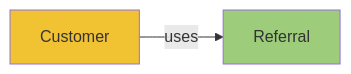
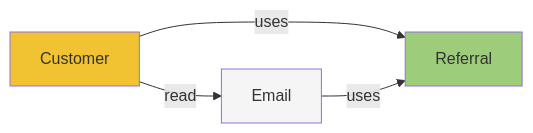
One commit to shortlink-org/shortlink changed the diagram in internal/services/referral/usecases/use_referral/README.md. Above: the diagram before and after it, drawn with Mermaid. The commit also changed 17 other files, not shown here.

````diff
--- a/internal/services/referral/usecases/use_referral/README.md
+++ b/internal/services/referral/usecases/use_referral/README.md
@@ -16,7 +16,9 @@
 ```mermaid
 graph LR
     style Customer fill:#f1c232
     style Referral fill:#9dcc7a
+    style Email fill:#f5f5f5
 
     Customer -- uses --> Referral
+    Customer -- read --> Email -- uses --> Referral
 ```
````
